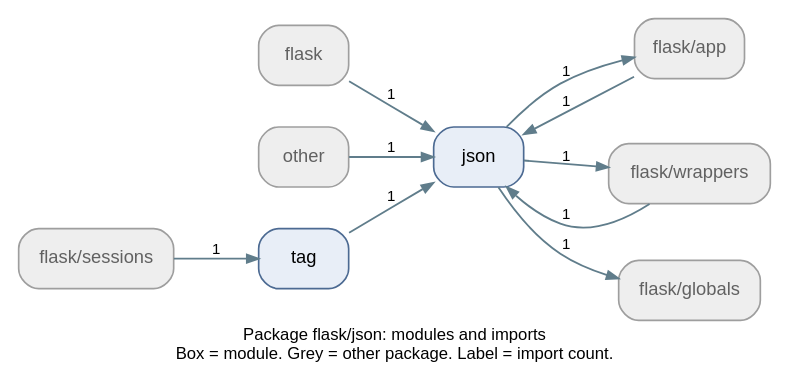
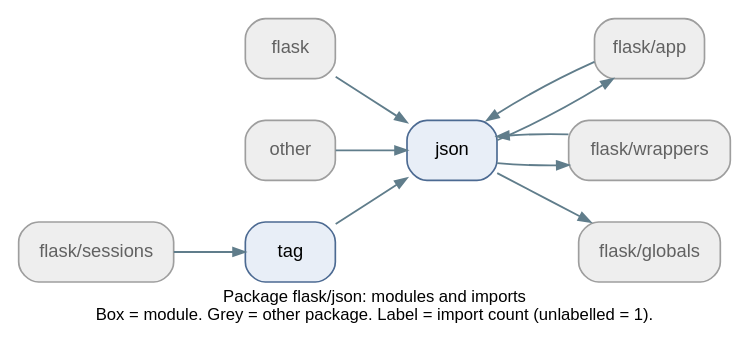
The diagram in onboarding/pallets__flask/diagrams/packages/flask_json.dot (Icoder05/buglens), drawn with Graphviz before and after one commit. The commit also changed 70 other files, not shown here.

```diff
--- a/onboarding/pallets__flask/diagrams/packages/flask_json.dot
+++ b/onboarding/pallets__flask/diagrams/packages/flask_json.dot
@@ -1,23 +1,23 @@
 digraph package {
 	fontname=Helvetica fontsize=10 label="Package flask/json: modules and imports
-Box = module. Grey = other package. Label = import count." labelloc=b nodesep=0.35 rankdir=LR ranksep=0.6
+Box = module. Grey = other package. Label = import count (unlabelled = 1)." labelloc=b nodesep=0.35 rankdir=LR ranksep=0.6
 	node [color="#4c6a92" fillcolor="#e8eef7" fontname=Helvetica fontsize=11 shape=box style="rounded,filled"]
 	edge [arrowsize=0.7 color="#607d8b" fontname=Helvetica fontsize=9]
 	n0 [label=flask color="#9e9e9e" fillcolor="#eeeeee" fontcolor="#616161" tooltip="ext::flask"]
 	n1 [label="flask/app" color="#9e9e9e" fillcolor="#eeeeee" fontcolor="#616161" tooltip="ext::flask/app"]
 	n2 [label="flask/globals" color="#9e9e9e" fillcolor="#eeeeee" fontcolor="#616161" tooltip="ext::flask/globals"]
 	n3 [label="flask/sessions" color="#9e9e9e" fillcolor="#eeeeee" fontcolor="#616161" tooltip="ext::flask/sessions"]
 	n4 [label="flask/wrappers" color="#9e9e9e" fillcolor="#eeeeee" fontcolor="#616161" tooltip="ext::flask/wrappers"]
 	n5 [label=other color="#9e9e9e" fillcolor="#eeeeee" fontcolor="#616161" tooltip="ext::other"]
 	n6 [label=json tooltip="flask.json"]
 	n7 [label=tag tooltip="flask.json.tag"]
-	n0 -> n6 [label=1 penwidth=1.1]
-	n1 -> n6 [label=1 penwidth=1.1]
-	n3 -> n7 [label=1 penwidth=1.1]
-	n4 -> n6 [label=1 penwidth=1.1]
-	n5 -> n6 [label=1 penwidth=1.1]
-	n6 -> n1 [label=1 penwidth=1.1]
-	n6 -> n2 [label=1 penwidth=1.1]
-	n6 -> n4 [label=1 penwidth=1.1]
-	n7 -> n6 [label=1 penwidth=1.1]
+	n0 -> n6 [penwidth=1.1]
+	n1 -> n6 [penwidth=1.1]
+	n3 -> n7 [penwidth=1.1]
+	n4 -> n6 [penwidth=1.1]
+	n5 -> n6 [penwidth=1.1]
+	n6 -> n1 [penwidth=1.1]
+	n6 -> n2 [penwidth=1.1]
+	n6 -> n4 [penwidth=1.1]
+	n7 -> n6 [penwidth=1.1]
 }
```
